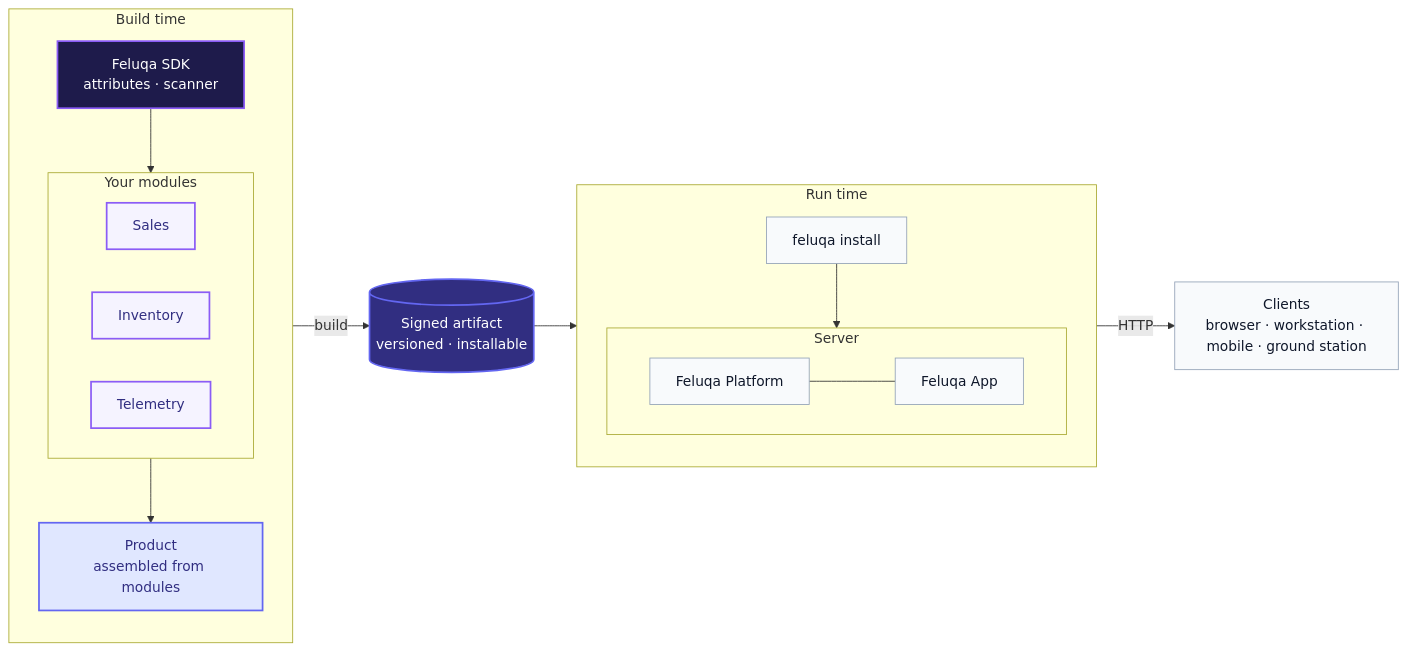
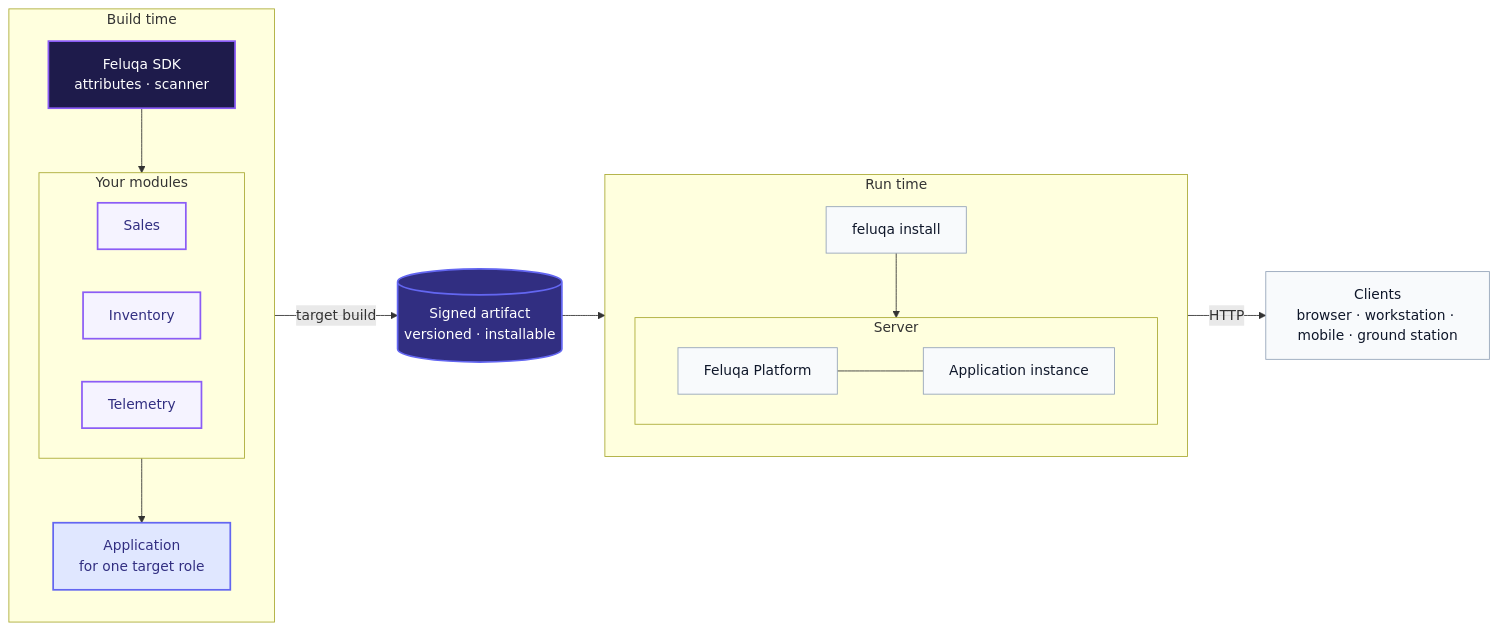
Before and after one commit to emyassine/base-feluka: the first of 3 diagrams in docs/guides/first/01-welcome/04-architecture-overview.en.md, drawn with Mermaid. The commit also changed other lines of this file and 10 other files, not shown here.

````diff
--- a/docs/guides/first/01-welcome/04-architecture-overview.en.md
+++ b/docs/guides/first/01-welcome/04-architecture-overview.en.md
@@ -52,48 +52,48 @@
 ```mermaid
 flowchart LR
     subgraph BUILD["Build time"]
         direction TB
         SDK["Feluqa SDK<br/>attributes · scanner"]
         subgraph MODS["Your modules"]
             direction LR
             M1["Sales"]
             M2["Inventory"]
             M3["Telemetry"]
         end
-        PROD["Product<br/>assembled from modules"]
+        APP_BUILD["Application<br/>for one target role"]
         SDK --> MODS
-        MODS --> PROD
+        MODS --> APP_BUILD
     end
 
     ART[("Signed artifact<br/>versioned · installable")]
 
     subgraph RUN["Run time"]
         direction TB
         INST["feluqa install"]
         subgraph SRV["Server"]
             direction LR
             PL["Feluqa Platform"]
-            APP["Feluqa App"]
+            APP["Application instance"]
             PL --- APP
         end
         INST --> SRV
     end
 
     CL["Clients<br/>browser · workstation · mobile · ground station"]
 
-    PROD -->|"build"| ART
+    APP_BUILD -->|"target build"| ART
     ART --> INST
     SRV -->|"HTTP"| CL
 
     classDef sdk fill:#1e1b4b,color:#ffffff,stroke:#8b5cf6,stroke-width:2px
     classDef module fill:#f5f3ff,color:#312e81,stroke:#8b5cf6,stroke-width:2px
     classDef product fill:#e0e7ff,color:#312e81,stroke:#6366f1,stroke-width:2px
     classDef artifact fill:#312e81,color:#ffffff,stroke:#6366f1,stroke-width:2px
     classDef runtime fill:#f8fafc,color:#0f172a,stroke:#94a3b8
 
     class SDK sdk
     class M1,M2,M3 module
-    class PROD product
+    class APP_BUILD product
     class ART artifact
     class INST,PL,APP,CL runtime
 ```
````
